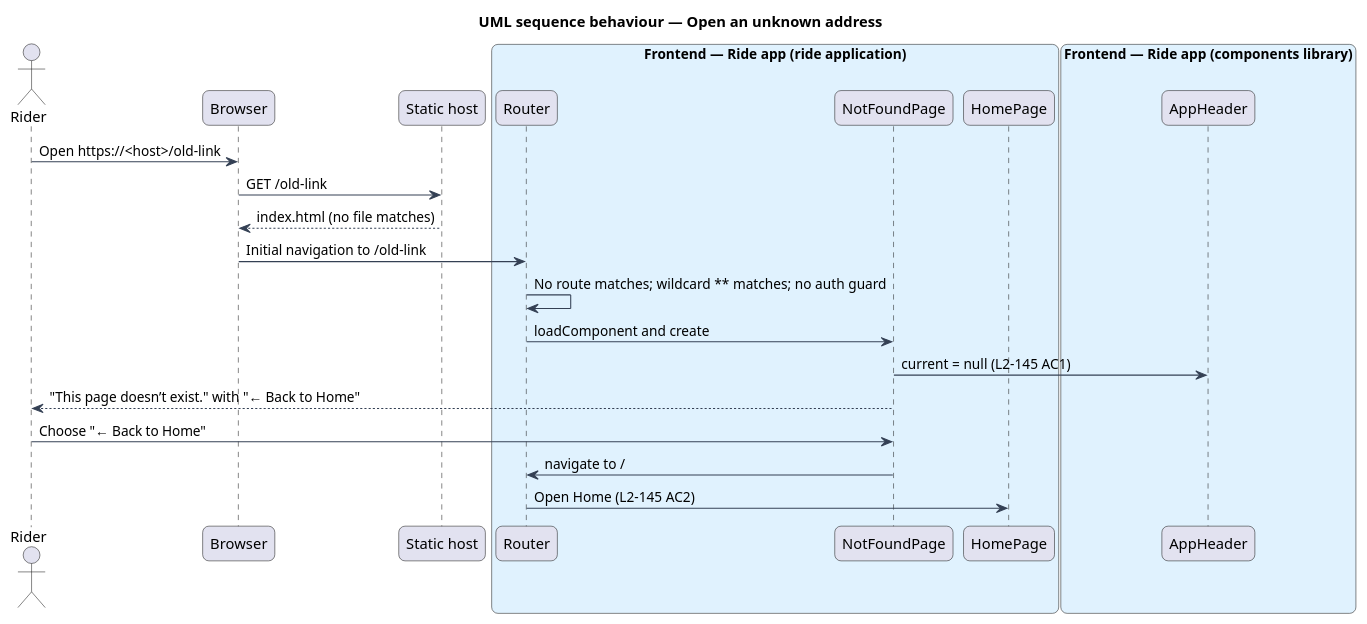
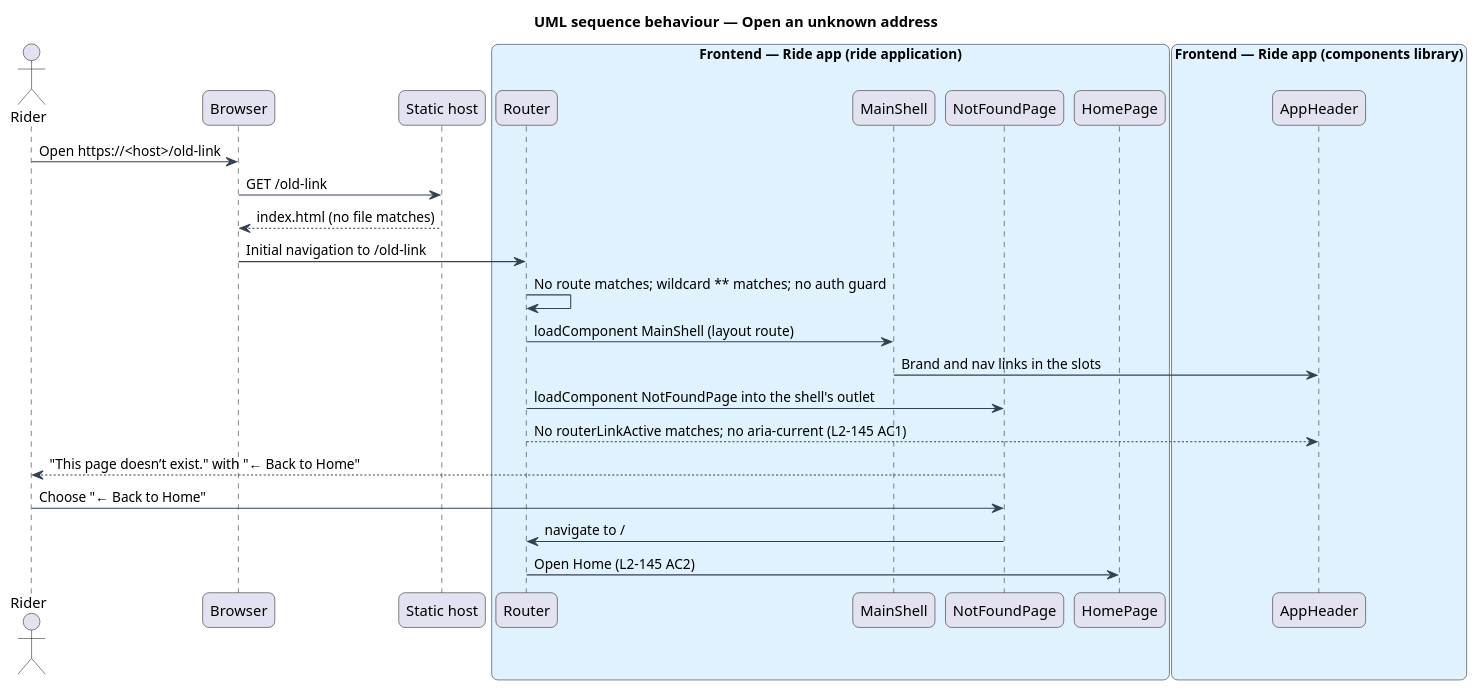
The diagram in docs/detailed-designs/ui/show-page-not-found/diagrams/sequence-open-unknown-address.puml (QuinntyneBrown/ride-one), drawn with PlantUML before and after one commit. The commit also changed 128 other files, not shown here.

```diff
--- a/docs/detailed-designs/ui/show-page-not-found/diagrams/sequence-open-unknown-address.puml
+++ b/docs/detailed-designs/ui/show-page-not-found/diagrams/sequence-open-unknown-address.puml
@@ -1,39 +1,42 @@
 @startuml
 title UML sequence behaviour — Open an unknown address
 skinparam backgroundColor #FFFFFF
 skinparam shadowing false
 skinparam roundcorner 12
 skinparam defaultFontName Arial
 skinparam ArrowColor #344054
 skinparam rectangle {
   BorderColor #344054
   FontColor #101828
 }
 skinparam package {
   BorderColor #667085
   FontColor #101828
   BackgroundColor #F9FAFB
 }
 actor "Rider" as actor
 participant "Browser" as browser
 participant "Static host" as host
 box "Frontend — Ride app (ride application)" #E0F2FE
   participant "Router" as router
+  participant "MainShell" as shell
   participant "NotFoundPage" as page
   participant "HomePage" as home
 end box
 box "Frontend — Ride app (components library)" #E0F2FE
   participant "AppHeader" as header
 end box
 actor -> browser : Open https://<host>/old-link
 browser -> host : GET /old-link
 host --> browser : index.html (no file matches)
 browser -> router : Initial navigation to /old-link
 router -> router : No route matches; wildcard ** matches; no auth guard
-router -> page : loadComponent and create
-page -> header : current = null (L2-145 AC1)
+router -> shell : loadComponent MainShell (layout route)
+shell -> header : Brand and nav links in the slots
+router -> page : loadComponent NotFoundPage into the shell's outlet
+router --> header : No routerLinkActive matches; no aria-current (L2-145 AC1)
 page --> actor : "This page doesn’t exist." with "← Back to Home"
 actor -> page : Choose "← Back to Home"
 page -> router : navigate to /
 router -> home : Open Home (L2-145 AC2)
 @enduml
```
